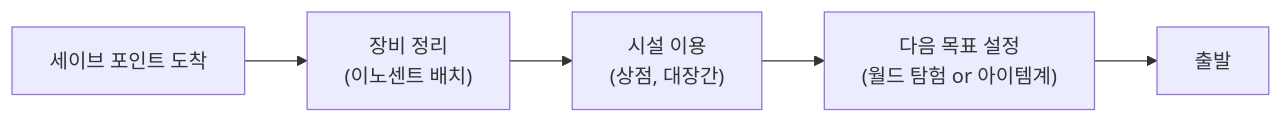
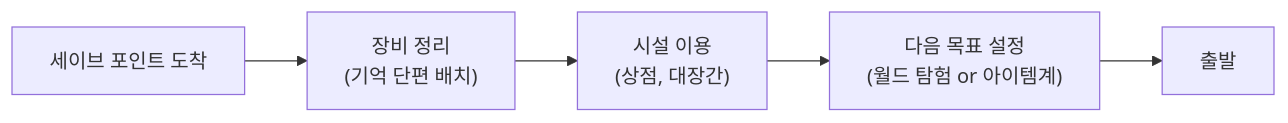
The fourth of 4 diagrams in Documents/Design/Design_CoreLoop_Circulation.md (Biskraft/ProjectAbyss), drawn with Mermaid before and after one commit. The commit also changed other lines of this file and 197 other files, not shown here.

````diff
--- a/Documents/Design/Design_CoreLoop_Circulation.md
+++ b/Documents/Design/Design_CoreLoop_Circulation.md
@@ -150,7 +150,7 @@
 ```mermaid
 graph LR
-    H1["세이브 포인트 도착"] --> H2["장비 정리<br/>(이노센트 배치)"]
+    H1["세이브 포인트 도착"] --> H2["장비 정리<br/>(기억 단편 배치)"]
     H2 --> H3["시설 이용<br/>(상점, 대장간)"]
     H3 --> H4["다음 목표 설정<br/>(월드 탐험 or 아이템계)"]
     H4 --> H5["출발"]
 ```
````
